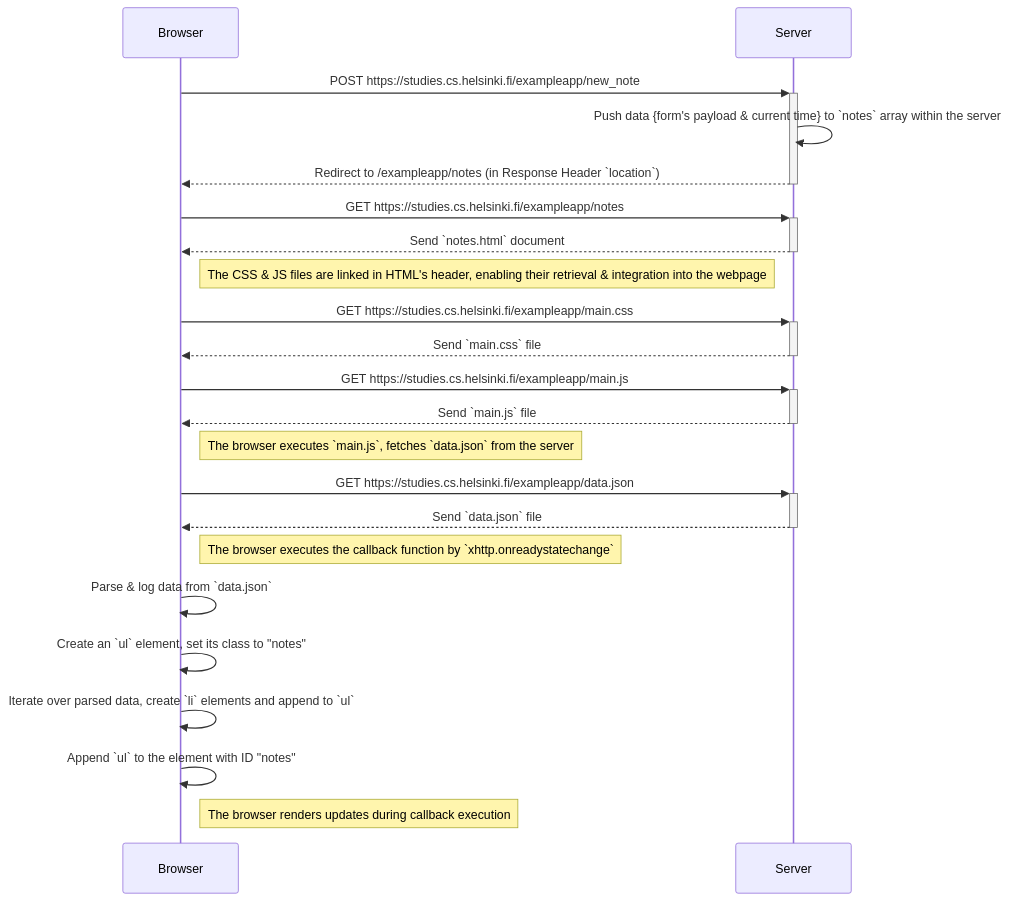
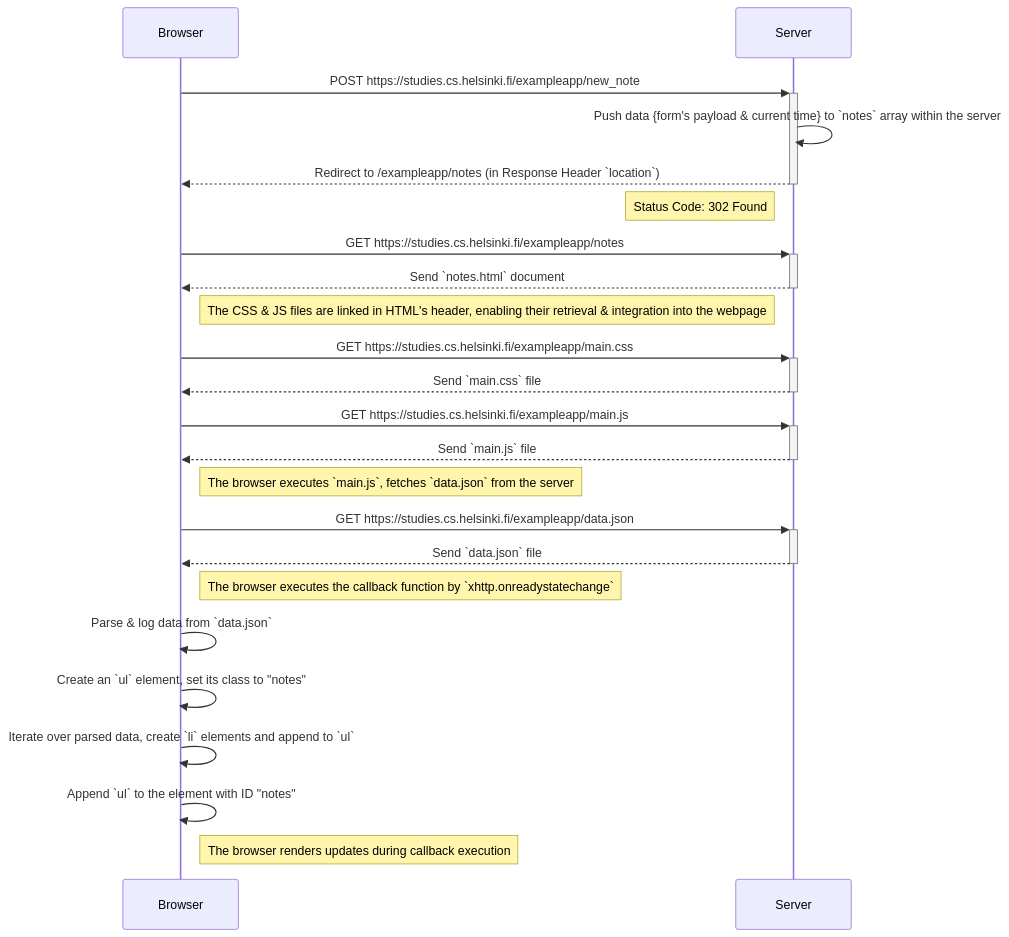
Before and after one commit to ricky-kiva/fs-web-fundamentals-fso: the diagram in 0.4/user_create_note.md, drawn with Mermaid.

Commit message:
feat(0.4): add server response status code as note

````diff
--- a/0.4/user_create_note.md
+++ b/0.4/user_create_note.md
@@ -1,30 +1,31 @@
 ``` mermaid
 sequenceDiagram
   participant browser as Browser 
   participant server as Server
 
   browser ->>+ server: POST https://studies.cs.helsinki.fi/exampleapp/new_note
   server ->> server: Push data {form's payload & current time} to `notes` array within the server
   server -->>- browser: Redirect to /exampleapp/notes (in Response Header `location`)
+  Note left of server: Status Code: 302 Found
 
   browser ->>+ server: GET https://studies.cs.helsinki.fi/exampleapp/notes
   server -->>- browser: Send `notes.html` document
   Note right of browser: The CSS & JS files are linked in HTML's header, enabling their retrieval & integration into the webpage
 
   browser ->>+ server: GET https://studies.cs.helsinki.fi/exampleapp/main.css
   server -->>- browser: Send `main.css` file
 
   browser ->>+ server: GET https://studies.cs.helsinki.fi/exampleapp/main.js
   server -->>- browser: Send `main.js` file
   Note right of browser: The browser executes `main.js`, fetches `data.json` from the server
 
   browser ->>+ server: GET https://studies.cs.helsinki.fi/exampleapp/data.json
   server -->>- browser: Send `data.json` file
   Note right of browser: The browser executes the callback function by `xhttp.onreadystatechange`
 
   browser ->> browser: Parse & log data from `data.json`
   browser ->> browser: Create an `ul` element, set its class to "notes"
   browser ->> browser: Iterate over parsed data, create `li` elements and append to `ul`
   browser ->> browser: Append `ul` to the element with ID "notes"
   Note right of browser: The browser renders updates during callback execution
 ```
````
